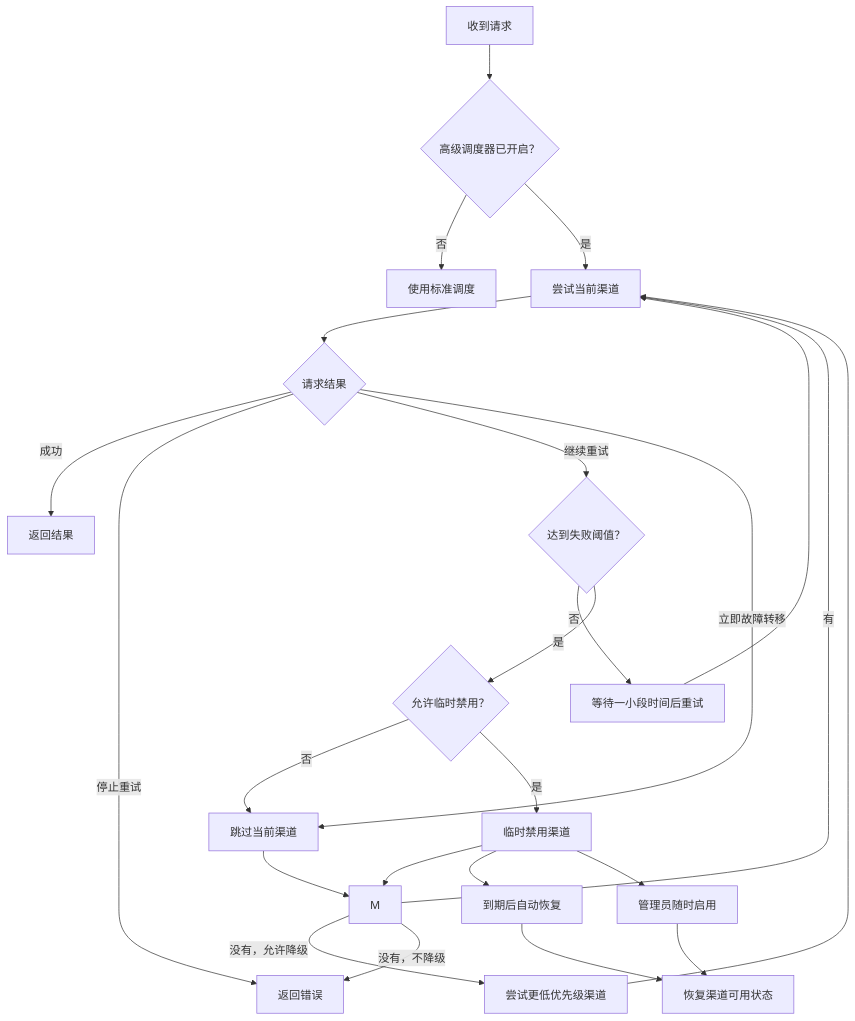
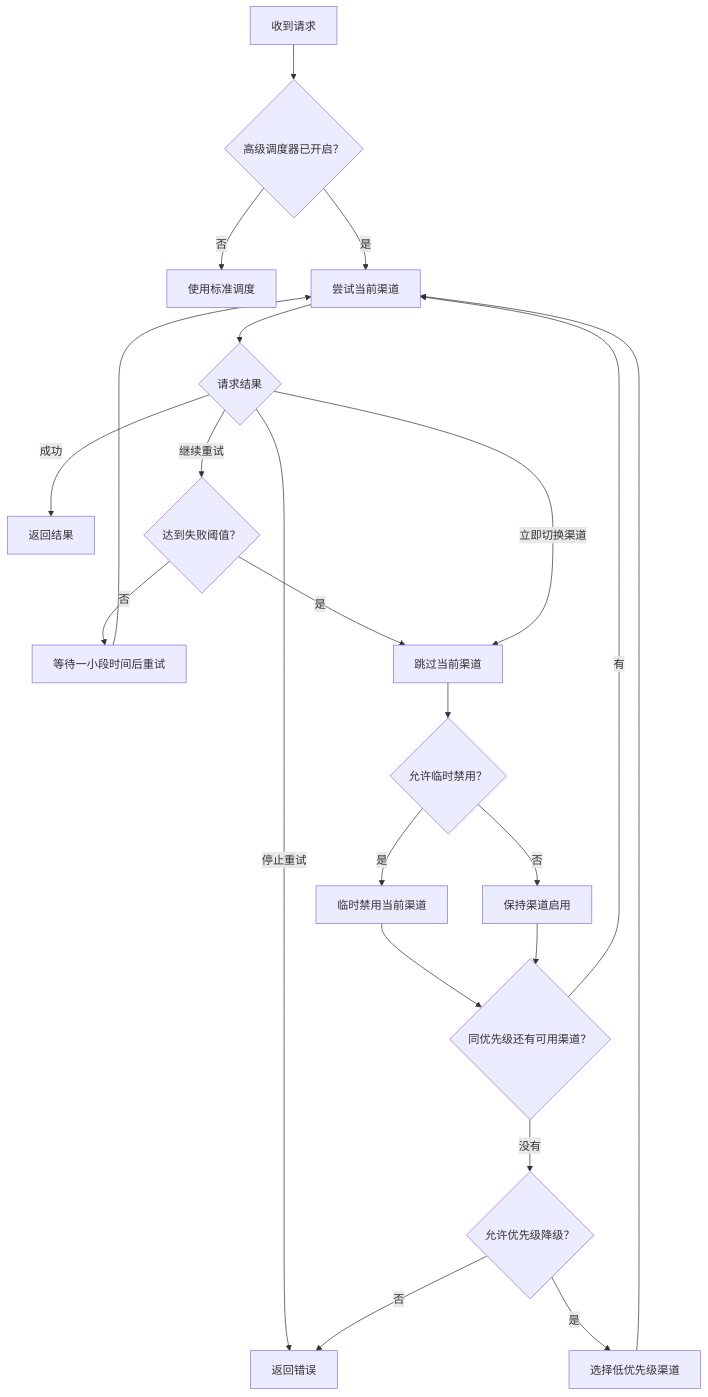
The diagram in README-FORK.md (ccw-HE/new-api), drawn with Mermaid before and after one commit.

Commit message:
docs: simplify scheduler flowchart

````diff
--- a/README-FORK.md
+++ b/README-FORK.md
@@ -31,26 +31,24 @@
 ```mermaid
 flowchart TD
-    A["收到请求"] --> B{"高级调度器已开启？"}
-    B -- "否" --> Z["使用标准调度"]
-    B -- "是" --> C["尝试当前渠道"]
-    C --> D{"请求结果"}
-    D -- "成功" --> E["返回结果"]
-    D -- "停止重试" --> F["返回错误"]
-    D -- "继续重试" --> G{"达到失败阈值？"}
-    G -- "否" --> H["等待一小段时间后重试"]
-    H --> C
-    G -- "是" --> I{"允许临时禁用？"}
-    I -- "否" --> L
-    I -- "是" --> K["临时禁用渠道"]
-    D -- "立即故障转移" --> L["跳过当前渠道"]
-    K --> M
-    L --> M
-    M -- "有" --> C
-    M -- "没有，允许降级" --> N["尝试更低优先级渠道"]
-    N --> C
-    M -- "没有，不降级" --> F
-    K --> O["到期后自动恢复"]
-    K --> P["管理员随时启用"]
-    O --> Q["恢复渠道可用状态"]
-    P --> Q
+    request["收到请求"] --> scheduler{"高级调度器已开启？"}
+    scheduler -- "否" --> standard["使用标准调度"]
+    scheduler -- "是" --> try_channel["尝试当前渠道"]
+    try_channel --> result{"请求结果"}
+    result -- "成功" --> success["返回结果"]
+    result -- "停止重试" --> error["返回错误"]
+    result -- "继续重试" --> threshold{"达到失败阈值？"}
+    threshold -- "否" --> wait["等待一小段时间后重试"]
+    wait --> try_channel
+    threshold -- "是" --> skip["跳过当前渠道"]
+    result -- "立即切换渠道" --> skip
+    skip --> disable_allowed{"允许临时禁用？"}
+    disable_allowed -- "是" --> disabled["临时禁用当前渠道"]
+    disable_allowed -- "否" --> enabled["保持渠道启用"]
+    disabled --> same_priority{"同优先级还有可用渠道？"}
+    enabled --> same_priority
+    same_priority -- "有" --> try_channel
+    same_priority -- "没有" --> fallback{"允许优先级降级？"}
+    fallback -- "是" --> lower_priority["选择低优先级渠道"]
+    lower_priority --> try_channel
+    fallback -- "否" --> error
 ```
````
